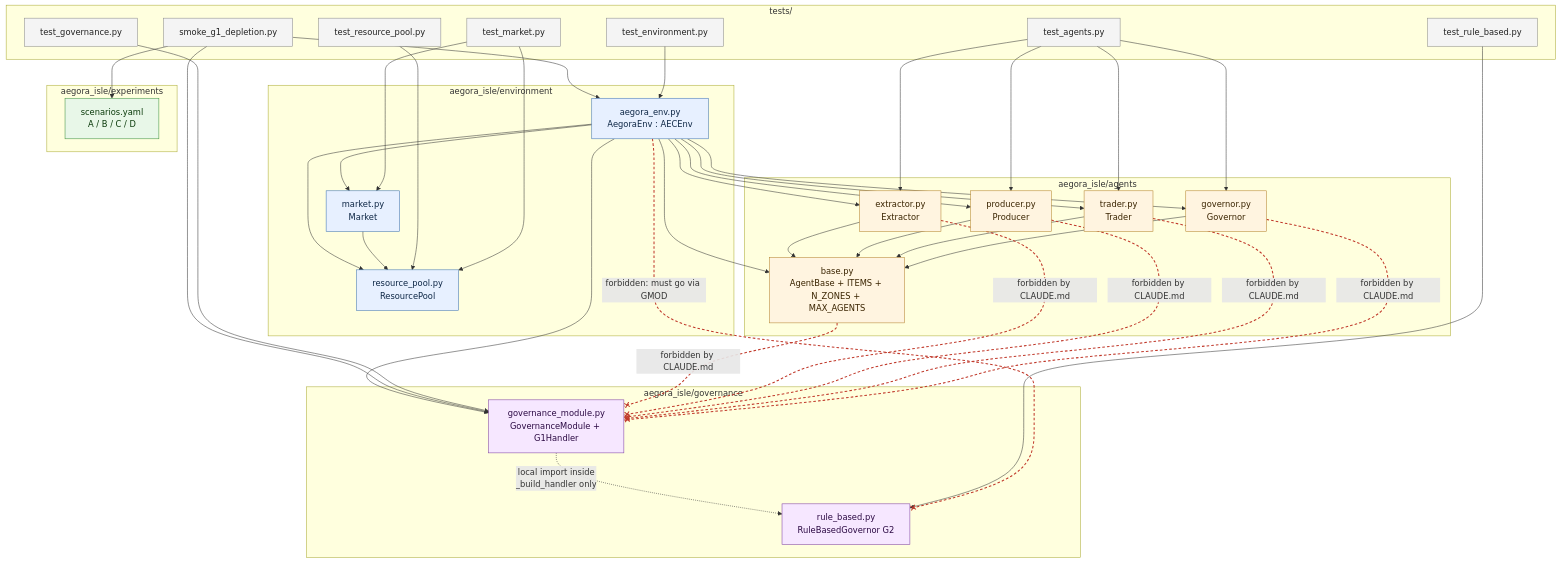
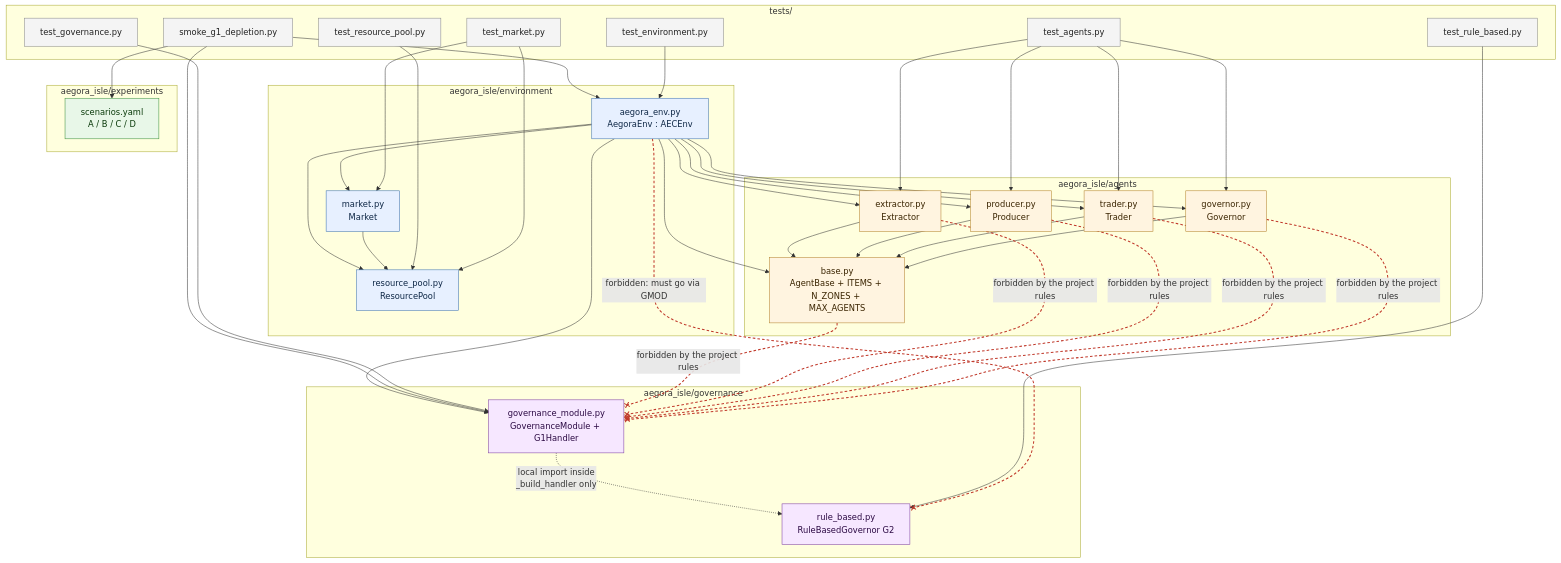
One commit to vrdali/aegora-isle-simulation changed the first of 3 diagrams in MERMAID.md. Above: the diagram before and after it, drawn with Mermaid. The commit also changed other lines of this file and 22 other files, not shown here.

Commit message:
Reword references to the project rules file

```diff
--- a/MERMAID.md
+++ b/MERMAID.md
@@ -83,11 +83,11 @@
     TGOV --> GMOD
     TRB  --> RB
 
-    BASE -. "forbidden by CLAUDE.md" .-x GMOD
-    EX   -. "forbidden by CLAUDE.md" .-x GMOD
-    PR   -. "forbidden by CLAUDE.md" .-x GMOD
-    TR   -. "forbidden by CLAUDE.md" .-x GMOD
-    GOV  -. "forbidden by CLAUDE.md" .-x GMOD
+    BASE -. "forbidden by the project rules" .-x GMOD
+    EX   -. "forbidden by the project rules" .-x GMOD
+    PR   -. "forbidden by the project rules" .-x GMOD
+    TR   -. "forbidden by the project rules" .-x GMOD
+    GOV  -. "forbidden by the project rules" .-x GMOD
     ENV  -. "forbidden: must go via GMOD" .-x RB
 
     linkStyle 27 stroke:#c0392b,stroke-width:2px,stroke-dasharray:5 4
```
